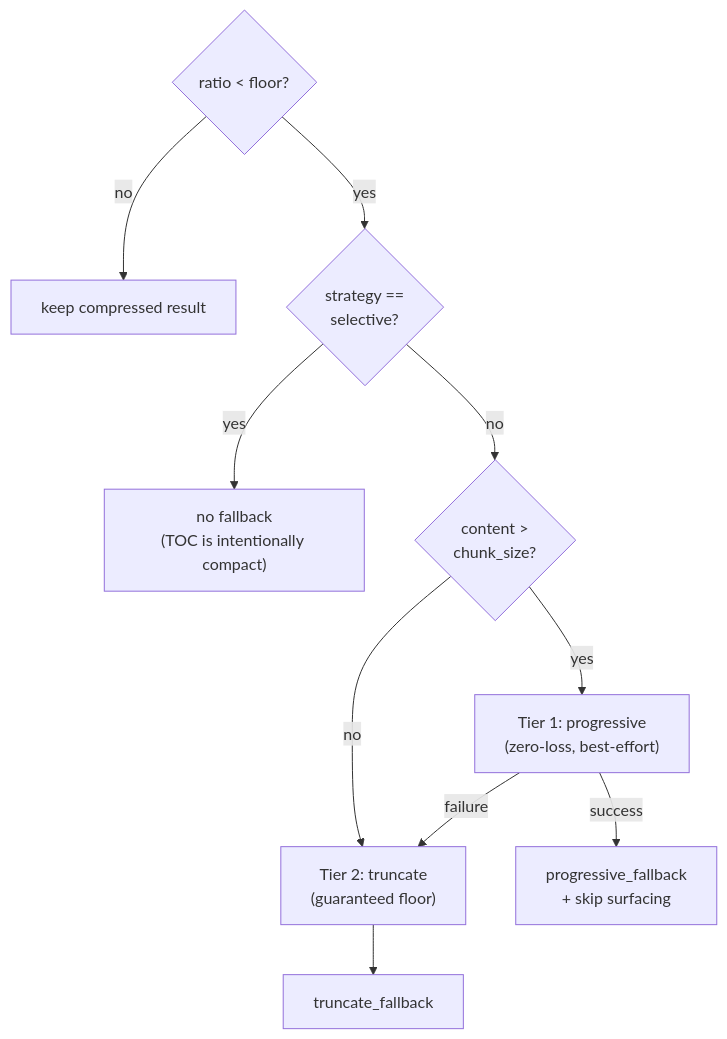
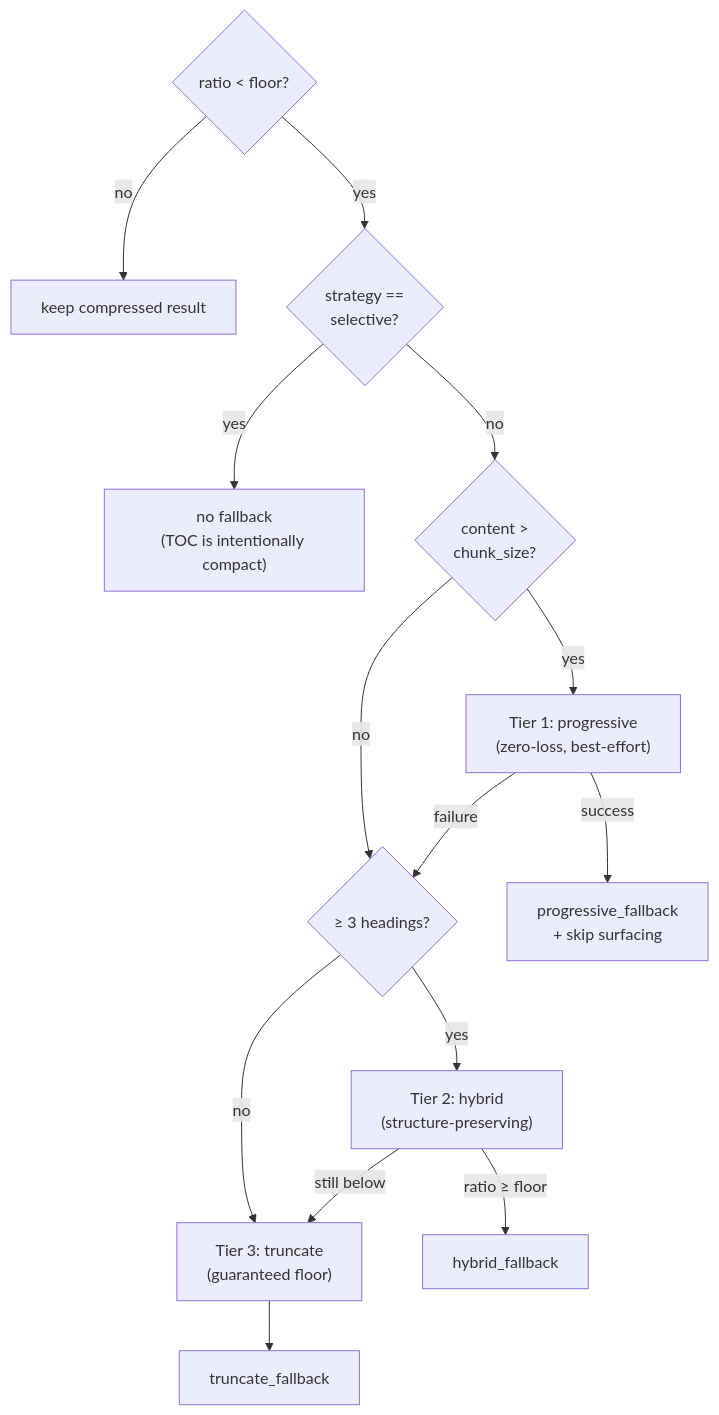
The fifth of 5 diagrams in docs/compression.md (memtomem/memtomem-stm), drawn with Mermaid before and after one commit. The commit also changed other lines of this file and 5 other files, not shown here.

First line of the commit message:
docs: update for 3-tier ladder, retention_floor, nested spans, new tools

````diff
--- a/docs/compression.md
+++ b/docs/compression.md
@@ -173,12 +173,16 @@
 ```mermaid
 flowchart TD
     V{"ratio < floor?"} -->|no| OK["keep compressed result"]
     V -->|yes| S{"strategy ==<br/>selective?"}
     S -->|yes| Skip["no fallback<br/>(TOC is intentionally compact)"]
     S -->|no| Size{"content ><br/>chunk_size?"}
     Size -->|yes| T1["Tier 1: progressive<br/>(zero-loss, best-effort)"]
-    Size -->|no| T2["Tier 2: truncate<br/>(guaranteed floor)"]
+    Size -->|no| H{"≥ 3 headings?"}
     T1 -->|success| Done["progressive_fallback<br/>+ skip surfacing"]
-    T1 -->|failure| T2
-    T2 --> Done2["truncate_fallback"]
+    T1 -->|failure| H
+    H -->|yes| T2["Tier 2: hybrid<br/>(structure-preserving)"]
+    H -->|no| T3["Tier 3: truncate<br/>(guaranteed floor)"]
+    T2 -->|"ratio ≥ floor"| Done2["hybrid_fallback"]
+    T2 -->|"still below"| T3
+    T3 --> Done3["truncate_fallback"]
 ```
````
